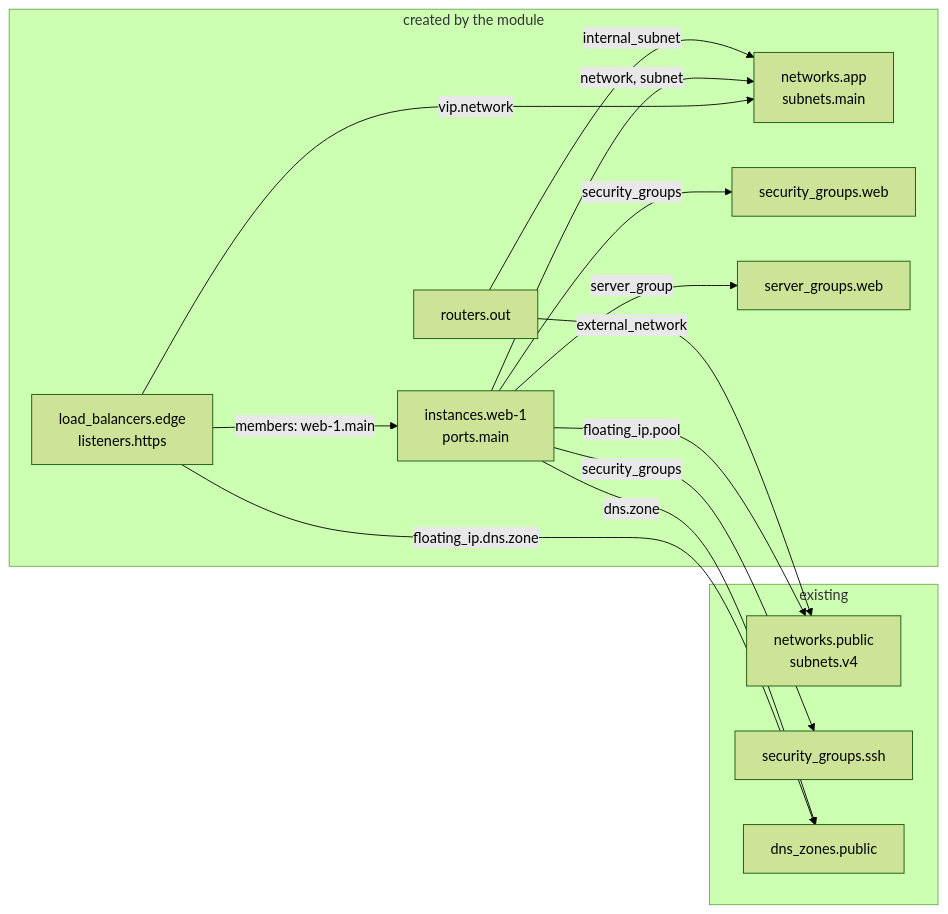
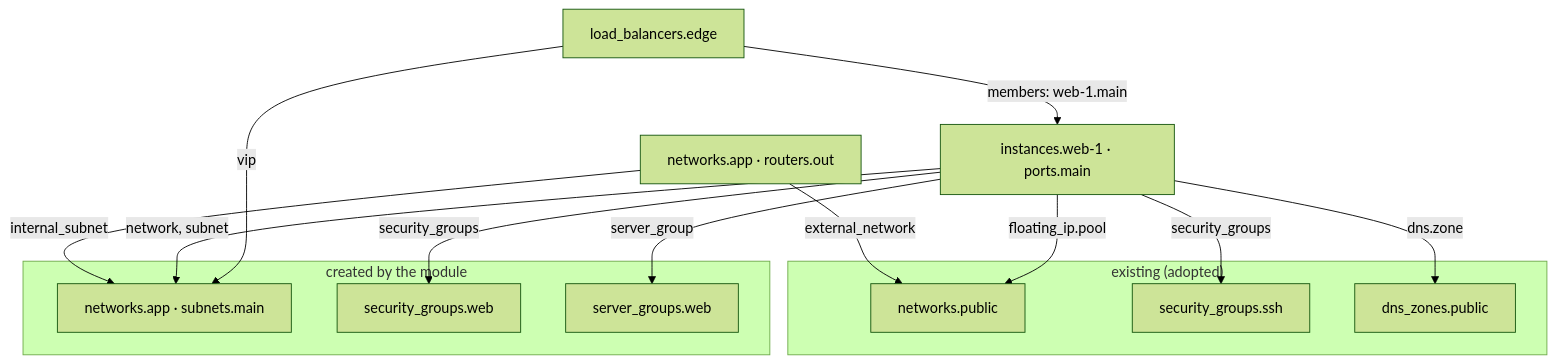
One commit to CyprisTech/terraform-openstack-tenant changed the diagram in docs/architecture.md. Above: the diagram before and after it, drawn with Mermaid (forest theme).

Commit message:
Architecture: key reference diagram laid out top to bottom

````diff
--- a/docs/architecture.md
+++ b/docs/architecture.md
@@ -34,26 +34,26 @@
 ```mermaid
-flowchart LR
-    subgraph existing["existing"]
-        EN["networks.public<br/>subnets.v4"]
+flowchart TB
+    LB["load_balancers.edge"]
+    I["instances.web-1 · ports.main"]
+    R["networks.app · routers.out"]
+    subgraph created["created by the module"]
+        N["networks.app · subnets.main"]
+        SG["security_groups.web"]
+        SV["server_groups.web"]
+    end
+    subgraph existing["existing (adopted)"]
+        EN["networks.public"]
         ES["security_groups.ssh"]
         EZ["dns_zones.public"]
     end
-    subgraph model["created by the module"]
-        N["networks.app<br/>subnets.main"]
-        R["routers.out"]
-        SG["security_groups.web"]
-        SV["server_groups.web"]
-        I["instances.web-1<br/>ports.main"]
-        LB["load_balancers.edge<br/>listeners.https"]
-    end
-    R -- "internal_subnet" --> N
-    R -- "external_network" --> EN
+    LB -- "members: web-1.main" --> I
+    LB -- "vip" --> N
     I -- "network, subnet" --> N
-    I -- "security_groups" --> SG & ES
+    I -- "security_groups" --> SG
+    I -- "security_groups" --> ES
     I -- "server_group" --> SV
     I -- "floating_ip.pool" --> EN
     I -- "dns.zone" --> EZ
-    LB -- "vip.network" --> N
-    LB -- "members: web-1.main" --> I
-    LB -- "floating_ip.dns.zone" --> EZ
+    R -- "internal_subnet" --> N
+    R -- "external_network" --> EN
 ```
````
